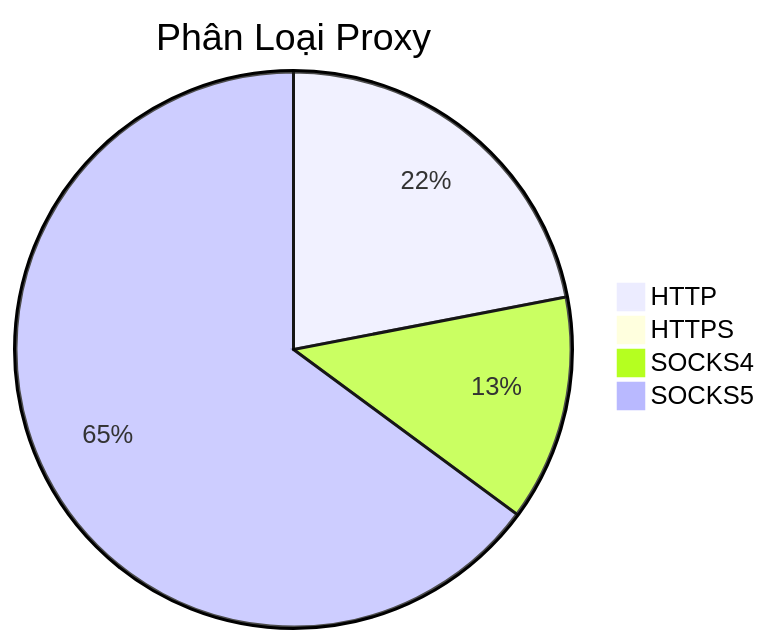
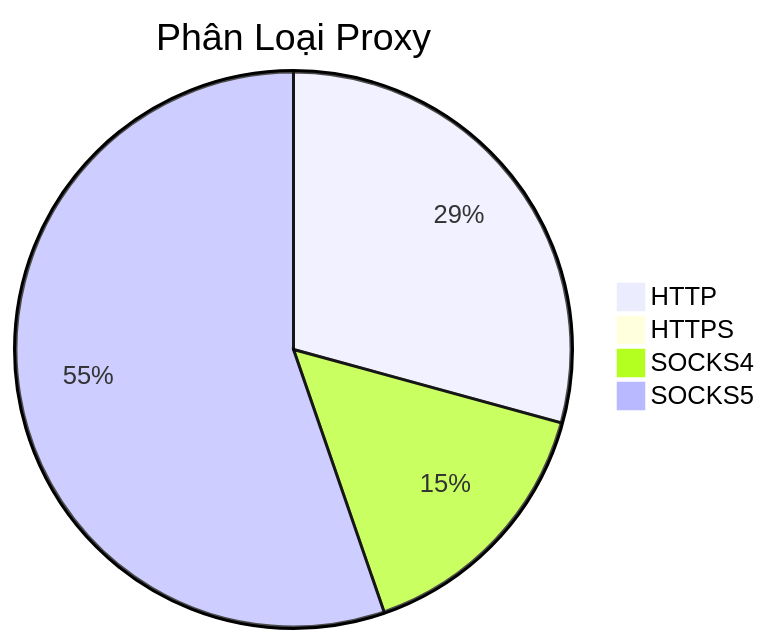
One commit to Ciara-12/PROXY-free changed the diagram in README.md. Above: the diagram before and after it, drawn with Mermaid. The commit also changed other lines of this file and 4 other files, not shown here.

````diff
--- a/README.md
+++ b/README.md
@@ -26,7 +26,7 @@
 ```mermaid
 pie title Phân Loại Proxy
-    "HTTP" : 411
+    "HTTP" : 354
     "HTTPS" : 1
-    "SOCKS4" : 246
-    "SOCKS5" : 1214
+    "SOCKS4" : 187
+    "SOCKS5" : 669
 ```
````
